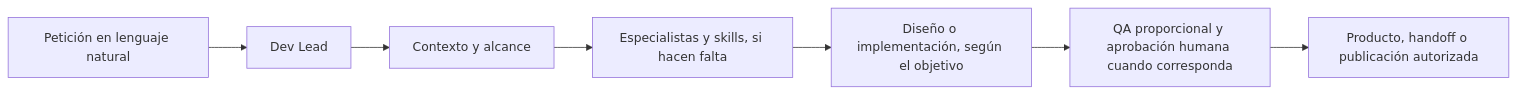
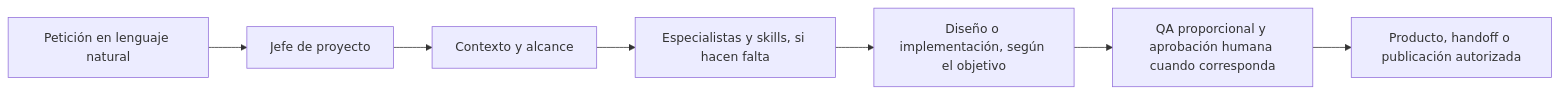
Before and after one commit to LuisYGM/CN-Pilot: the diagram in README.md, drawn with Mermaid. The commit also changed other lines of this file and 53 other files, not shown here.

````diff
--- a/README.md
+++ b/README.md
@@ -21,9 +21,9 @@
 ```mermaid
 flowchart LR
-    H[Petición en lenguaje natural] --> D[Dev Lead]
+    H[Petición en lenguaje natural] --> D[Jefe de proyecto]
     D --> C[Contexto y alcance]
     C --> S[Especialistas y skills, si hacen falta]
     S --> W[Diseño o implementación, según el objetivo]
     W --> Q[QA proporcional y aprobación humana cuando corresponda]
     Q --> O[Producto, handoff o publicación autorizada]
 ```
````
